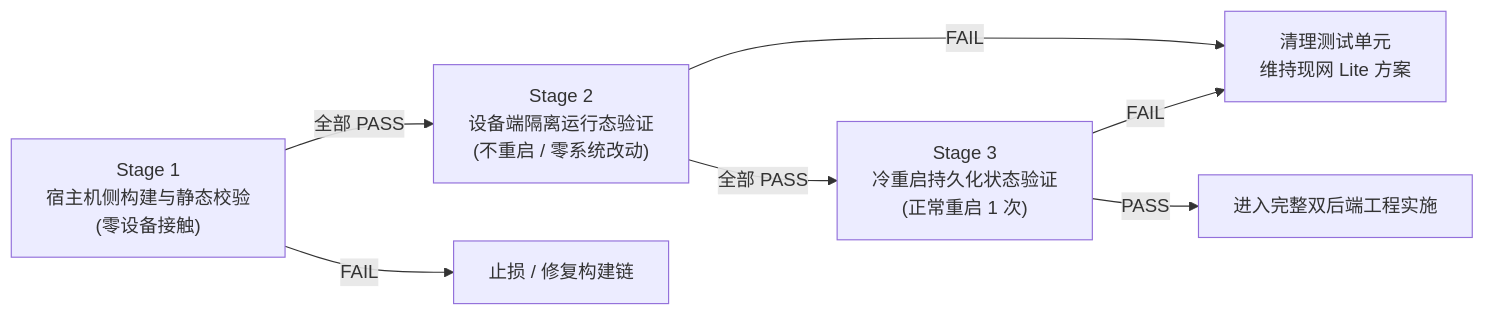
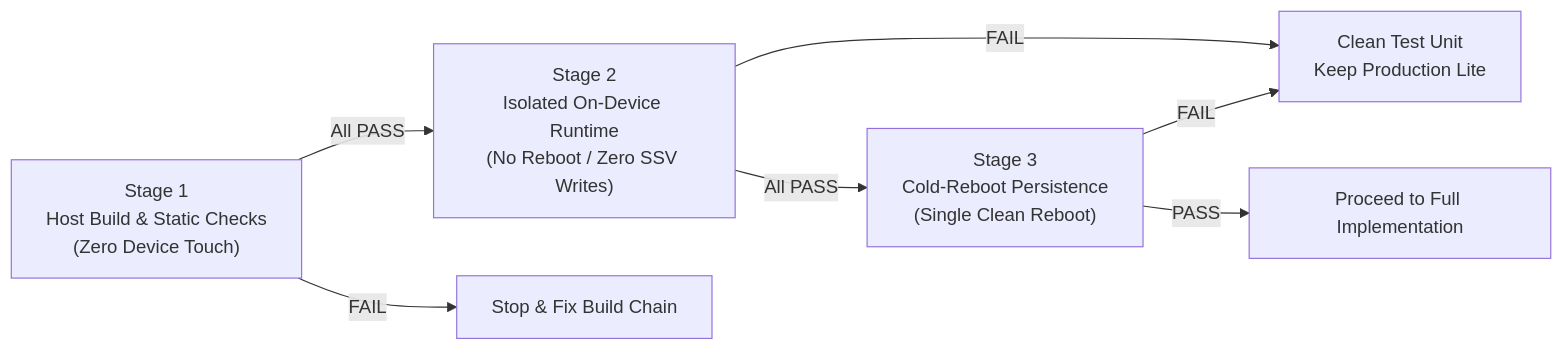
Before and after one commit to comicchang/trollstore-lite-tv: the second of 2 diagrams in docs/en/VERIFICATION-DESIGN.md, drawn with Mermaid. The commit also changed other lines of this file and 25 other files, not shown here.

````diff
--- a/docs/en/VERIFICATION-DESIGN.md
+++ b/docs/en/VERIFICATION-DESIGN.md
@@ -67,9 +67,9 @@
 ```mermaid
 flowchart LR
-    S1["Stage 1\n宿主机侧构建与静态校验\n(零设备接触)"] -->|全部 PASS| S2["Stage 2\n设备端隔离运行态验证\n(不重启 / 零系统改动)"]
-    S2 -->|全部 PASS| S3["Stage 3\n冷重启持久化状态验证\n(正常重启 1 次)"]
-    S1 -->|FAIL| STOP["止损 / 修复构建链"]
-    S2 -->|FAIL| CLEAN["清理测试单元\n维持现网 Lite 方案"]
+    S1["Stage 1<br/>Host Build &amp; Static Checks<br/>(Zero Device Touch)"] -->|All PASS| S2["Stage 2<br/>Isolated On-Device Runtime<br/>(No Reboot / Zero SSV Writes)"]
+    S2 -->|All PASS| S3["Stage 3<br/>Cold-Reboot Persistence<br/>(Single Clean Reboot)"]
+    S1 -->|FAIL| STOP["Stop &amp; Fix Build Chain"]
+    S2 -->|FAIL| CLEAN["Clean Test Unit<br/>Keep Production Lite"]
     S3 -->|FAIL| CLEAN
-    S3 -->|PASS| NEXT["进入完整双后端工程实施"]
+    S3 -->|PASS| NEXT["Proceed to Full Implementation"]
 ```
````
